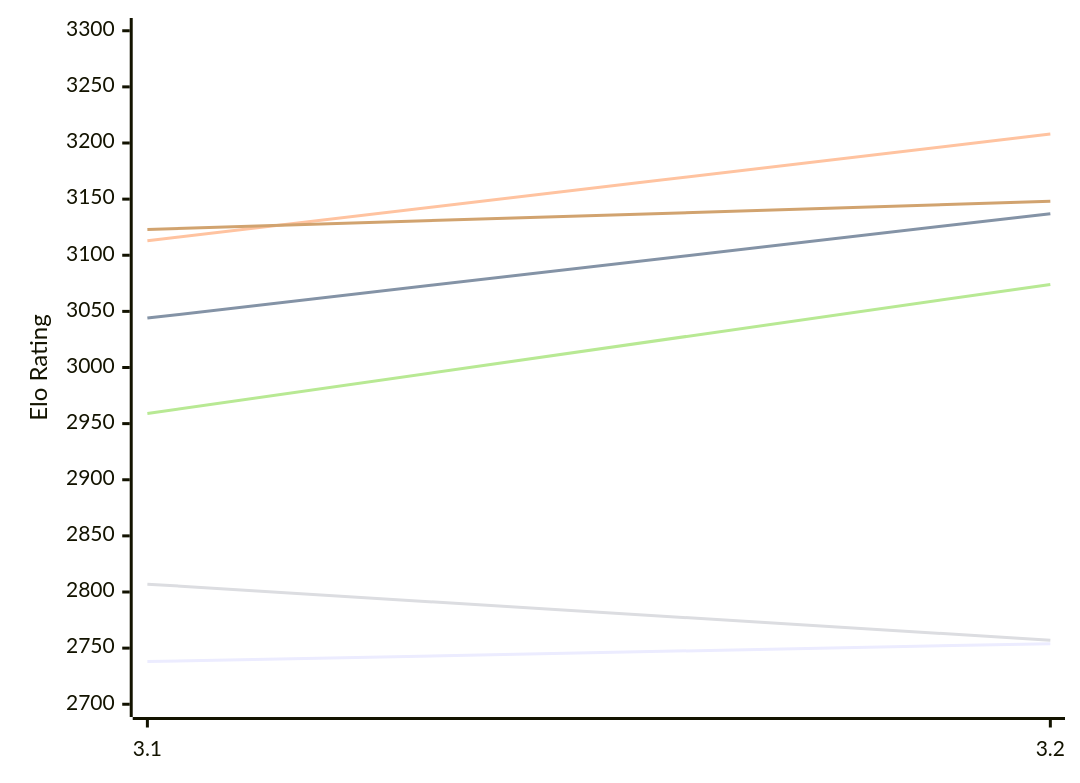
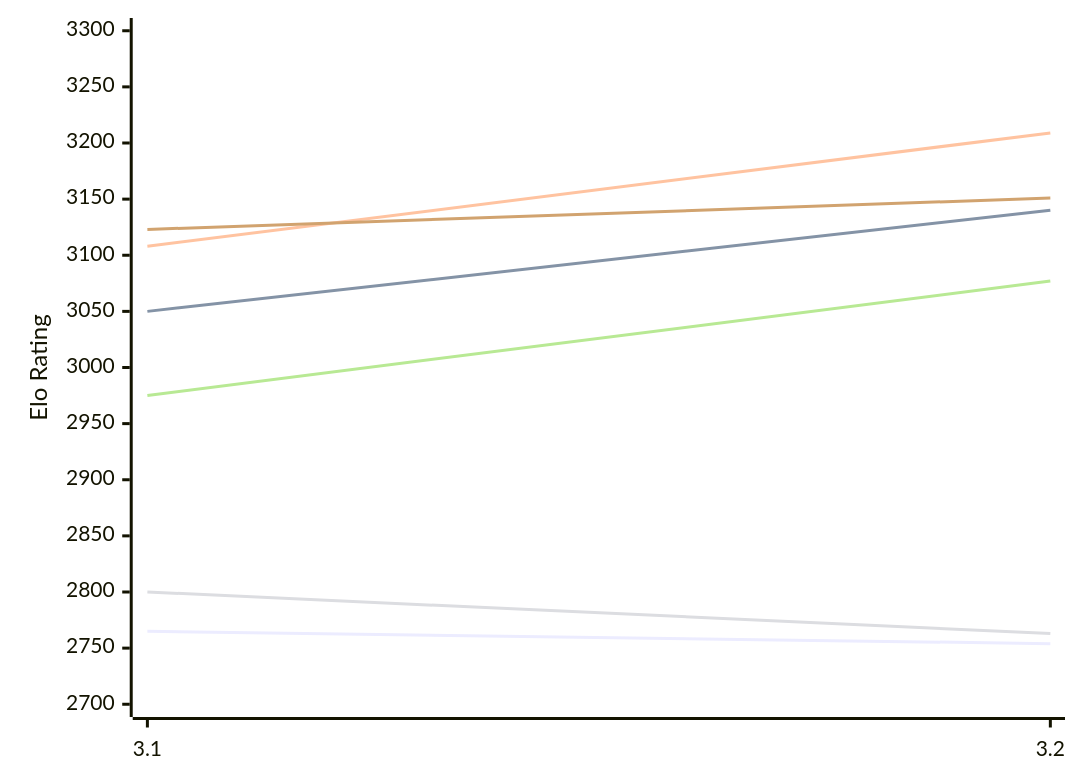
Before and after one commit to computer-chess-index/cci: the first of 2 diagrams in engines/Vajolet2.md, drawn with Mermaid. The commit also changed other lines of this file, not shown here.

Commit message:
Update CCI Ratings (ELO VLTC) - 2026-11-17

````diff
--- a/engines/Vajolet2.md
+++ b/engines/Vajolet2.md
@@ -51,12 +51,12 @@
 ```mermaid
 %%{init: {"theme":"base","themeVariables":{"seriesColors:['#a3a3a3','#222221','#faa371']}}}%%
 xychart-beta
   x-axis ["3.1", "3.2"]
   y-axis "Elo Rating" 2700 --> 3300
-  line "E1: STC (8.0+0.08s)" [2738, 2754]
-  line "E1: LTC (60.0+0.60s)" [3044, 3137]
-  line "E1: VLTC (2m24s+1.12s)" [3113, 3208]
-  line "P1: STC (8.0+0.08s)" [2807, 2757]
-  line "P1: LTC (60.0+0.60s)" [2959, 3074]
-  line "P1: VLTC (2m24s+1.12s)" [3123, 3148]
+  line "E1: STC (8.0+0.08s)" [2765, 2754]
+  line "E1: LTC (60.0+0.60s)" [3050, 3140]
+  line "E1: VLTC (2m24s+1.12s)" [3108, 3209]
+  line "P1: STC (8.0+0.08s)" [2800, 2763]
+  line "P1: LTC (60.0+0.60s)" [2975, 3077]
+  line "P1: VLTC (2m24s+1.12s)" [3123, 3151]
 ```
````
